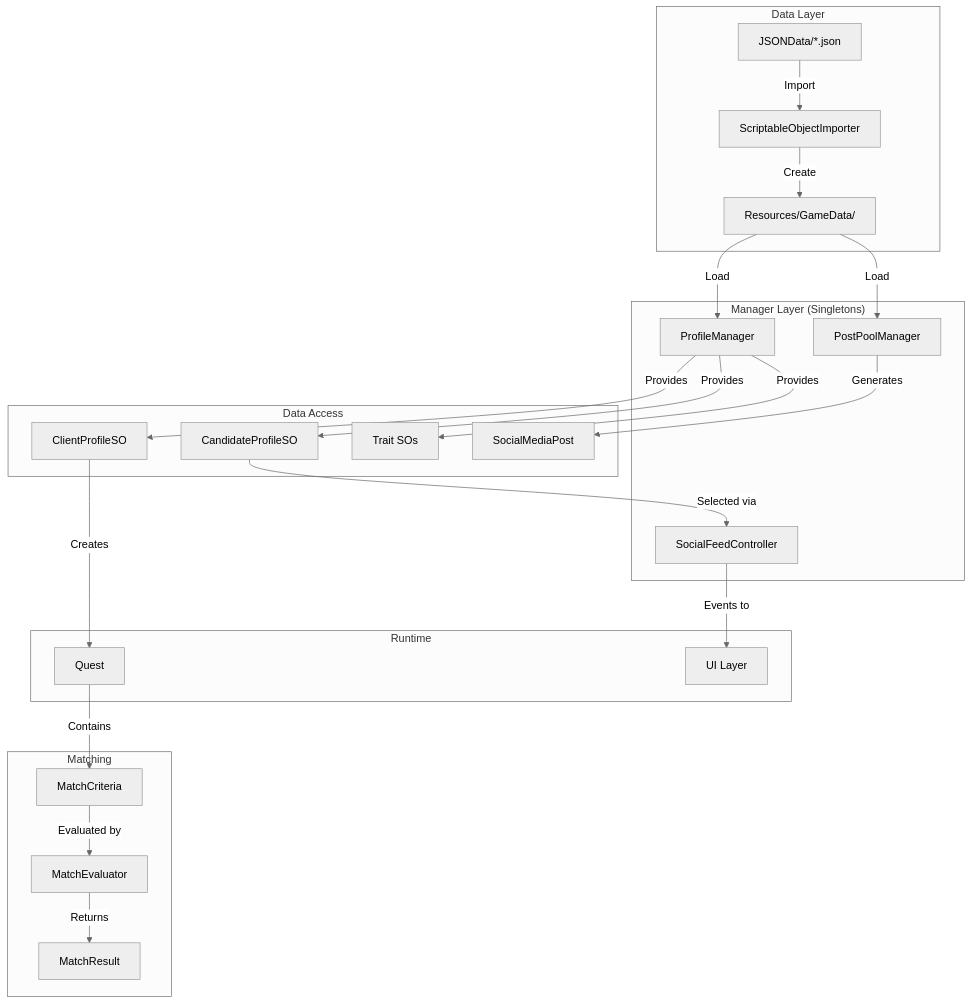
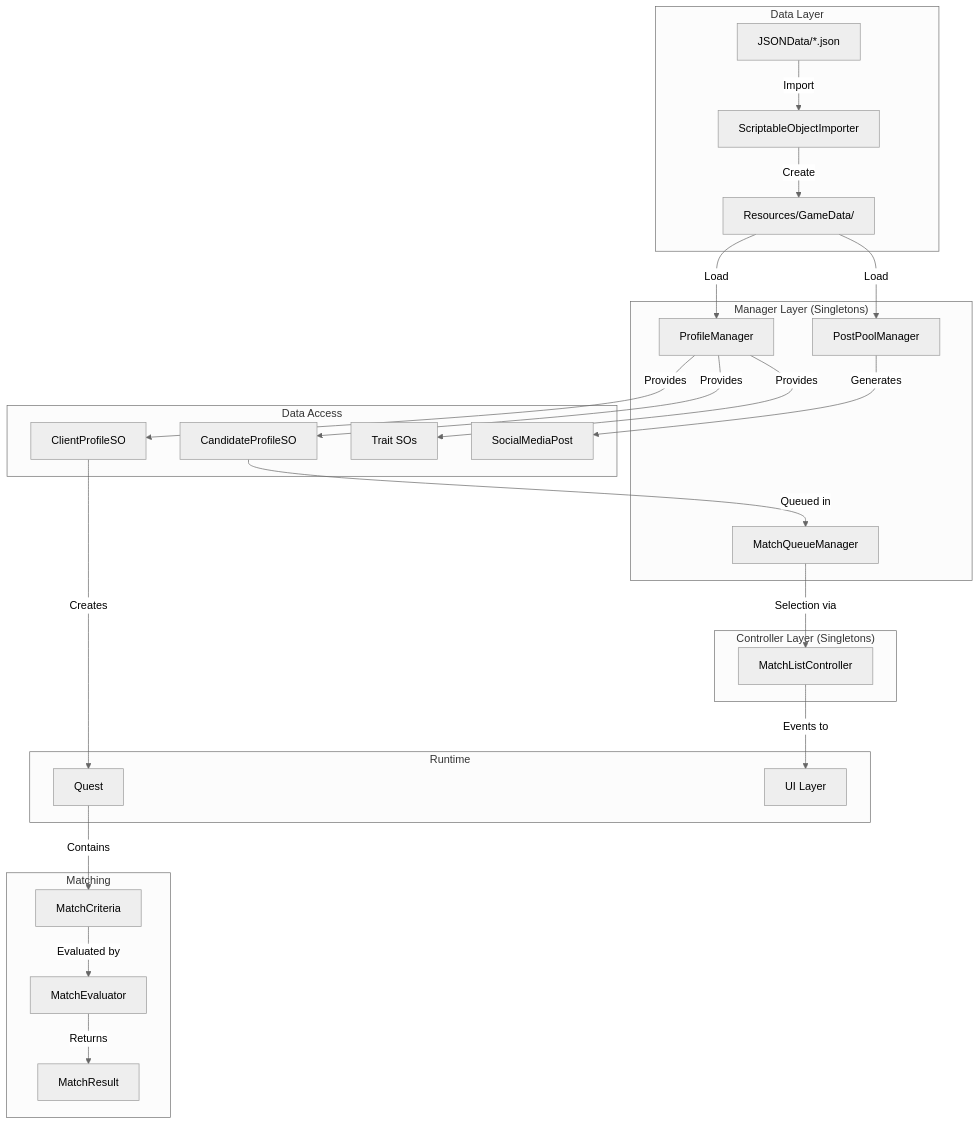
The second of 3 diagrams in docs/overview.md (ben3683914/maskhot), drawn with Mermaid (neutral theme) before and after one commit. The commit also changed other lines of this file and 29 other files, not shown here.

First line of the commit message:
Replaces social feed with match list system

````diff
--- a/docs/overview.md
+++ b/docs/overview.md
@@ -37,50 +37,55 @@
 ```mermaid
 graph TB
     subgraph "Data Layer"
         JSON[JSONData/*.json]
         Importer[ScriptableObjectImporter]
         Resources[Resources/GameData/]
     end
 
     subgraph "Manager Layer (Singletons)"
         PM[ProfileManager]
         PPM[PostPoolManager]
-        SFC[SocialFeedController]
+        MQM[MatchQueueManager]
+    end
+
+    subgraph "Controller Layer (Singletons)"
+        MLC[MatchListController]
     end
 
     subgraph "Data Access"
         Candidates[CandidateProfileSO]
         Clients[ClientProfileSO]
         Traits[Trait SOs]
         Posts[SocialMediaPost]
     end
 
     subgraph "Matching"
         ME[MatchEvaluator]
         MR[MatchResult]
         MC[MatchCriteria]
     end
 
     subgraph "Runtime"
         Quest[Quest]
         UI[UI Layer]
     end
 
     JSON -->|Import| Importer
     Importer -->|Create| Resources
     Resources -->|Load| PM
     Resources -->|Load| PPM
 
     PM -->|Provides| Candidates
     PM -->|Provides| Clients
     PM -->|Provides| Traits
     PPM -->|Generates| Posts
 
-    Candidates -->|Selected via| SFC
-    SFC -->|Events to| UI
+    Candidates -->|Queued in| MQM
+    MQM -->|Selection via| MLC
+    MLC -->|Events to| UI
 
     Clients -->|Creates| Quest
     Quest -->|Contains| MC
     MC -->|Evaluated by| ME
     ME -->|Returns| MR
 ```
````
